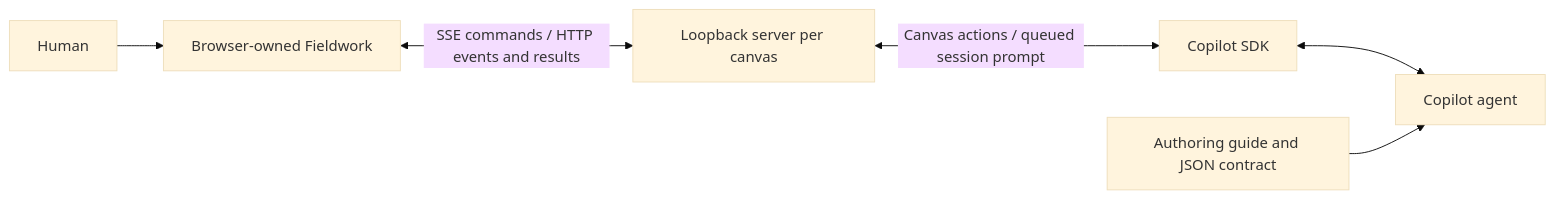
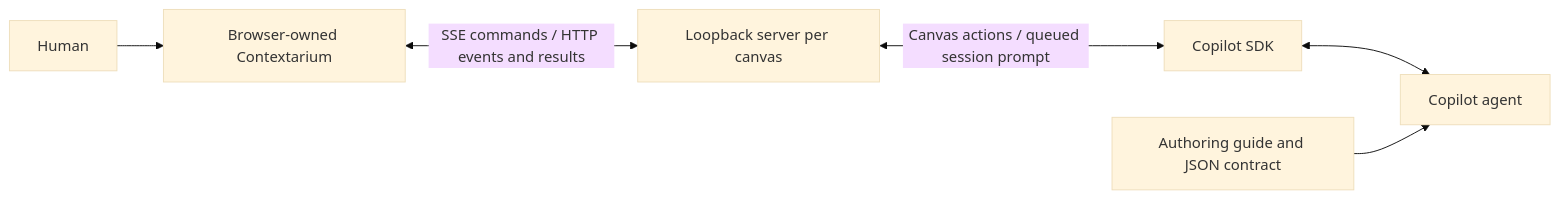
Before and after one commit to ericslandry/contextarium: the diagram in experiments/copilot-canvas/README.md, drawn with Mermaid (base theme). The commit also changed other lines of this file and 16 other files, not shown here.

Commit message:
Rebrand Fieldwork as Contextarium

````diff
--- a/experiments/copilot-canvas/README.md
+++ b/experiments/copilot-canvas/README.md
@@ -7,8 +7,8 @@
 ```mermaid
 flowchart LR
-  U[Human] --> B[Browser-owned Fieldwork]
+  U[Human] --> B[Browser-owned Contextarium]
   B <-->|SSE commands / HTTP events and results| S[Loopback server per canvas]
   S <-->|Canvas actions / queued session prompt| C[Copilot SDK]
   C <--> A[Copilot agent]
   D[Authoring guide and JSON contract] --> A
 ```
````
